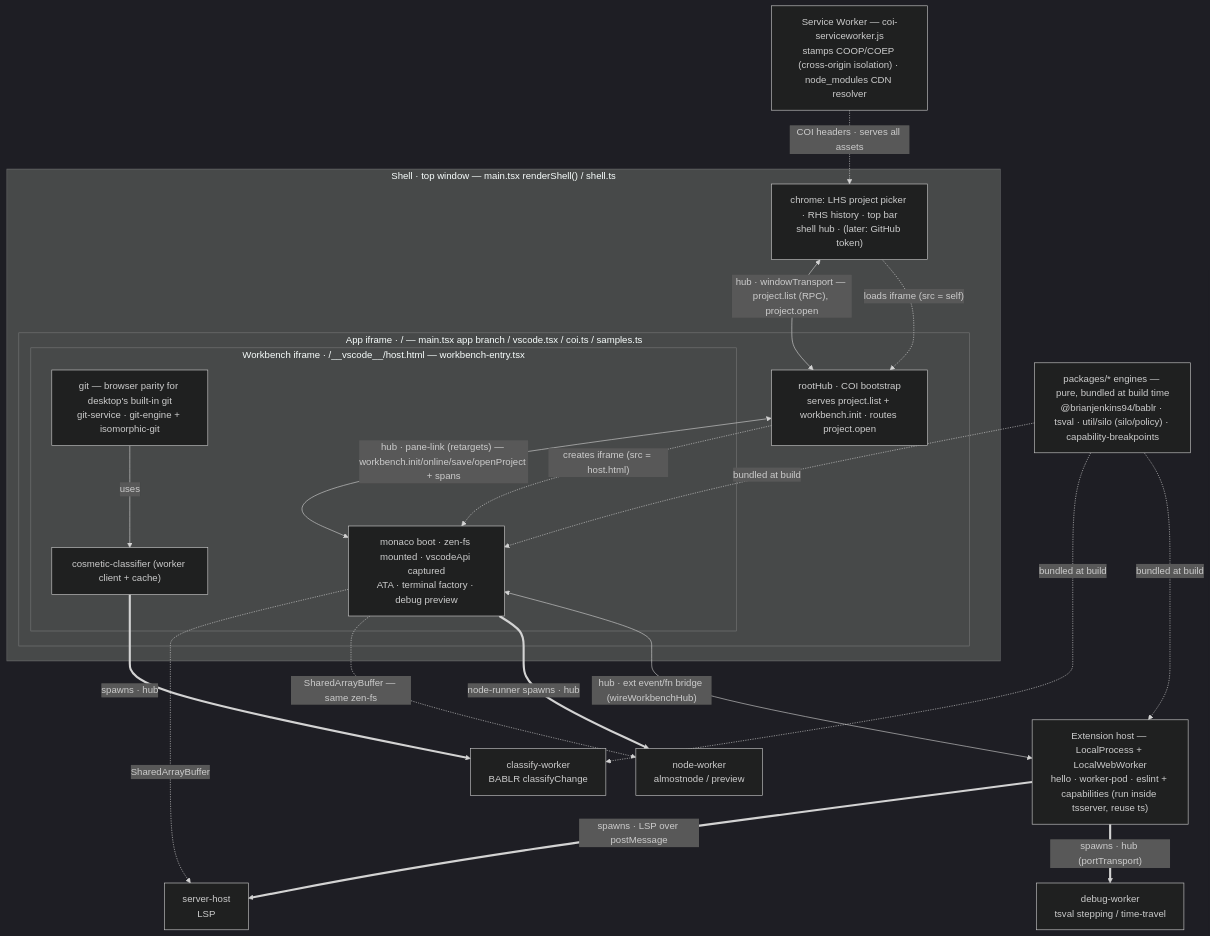
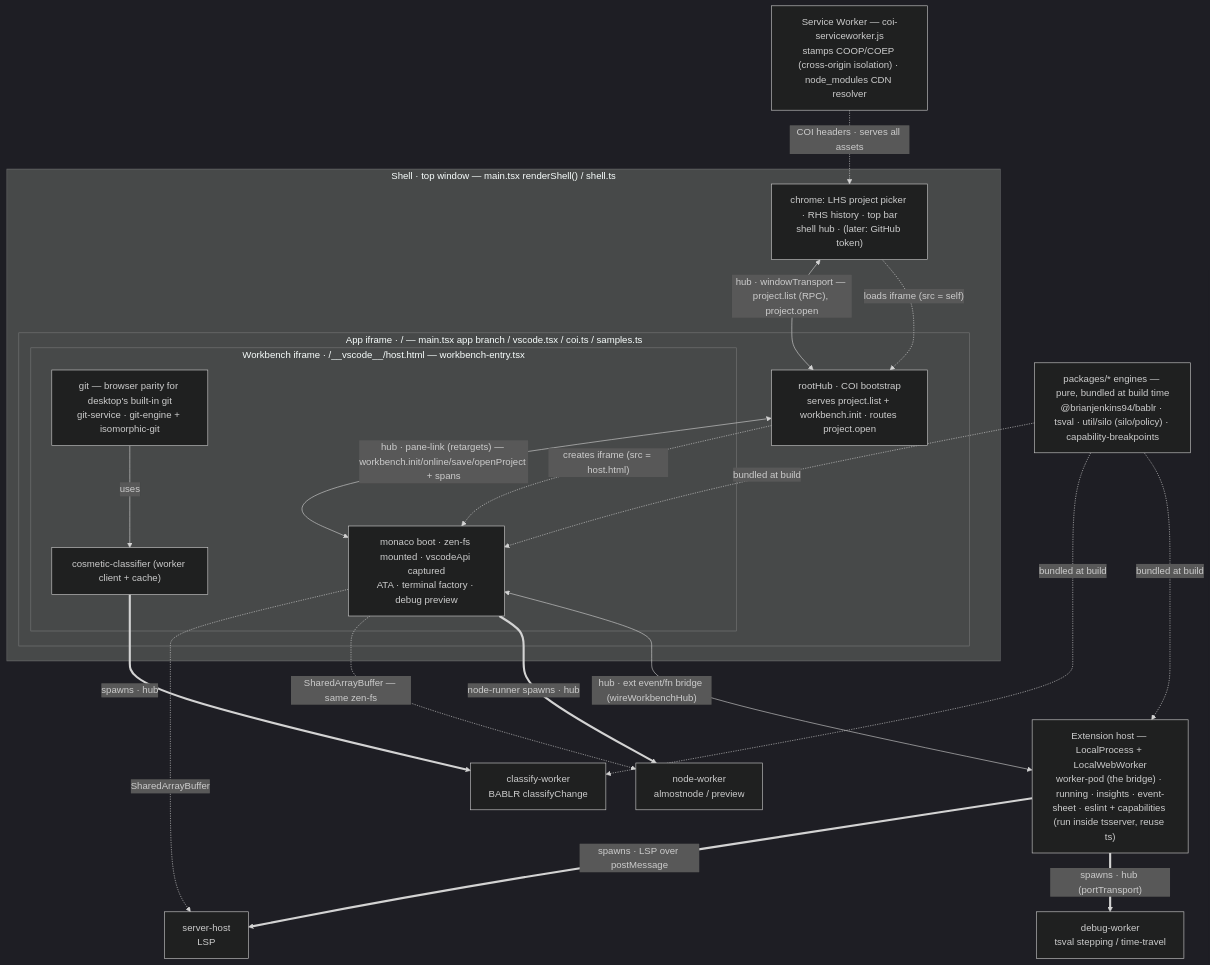
The first of 2 diagrams in packages/vscode/ARCHITECTURE.md (brianjenkins94/editor), drawn with Mermaid (dark theme) before and after one commit. The commit also changed other lines of this file and 6 other files, not shown here.

````diff
--- a/packages/vscode/ARCHITECTURE.md
+++ b/packages/vscode/ARCHITECTURE.md
@@ -172,46 +172,46 @@
 ```mermaid
 flowchart TB
   SW["Service Worker — coi-serviceworker.js<br/>stamps COOP/COEP (cross-origin isolation) · node_modules CDN resolver"]
 
   subgraph SHELL["Shell · top window — main.tsx renderShell() / shell.ts"]
     S["chrome: LHS project picker · RHS history · top bar<br/>shell hub · (later: GitHub token)"]
     subgraph APP["App iframe · / — main.tsx app branch / vscode.tsx / coi.ts / samples.ts"]
       A["rootHub · COI bootstrap<br/>serves project.list + workbench.init · routes project.open"]
       subgraph WB["Workbench iframe · /__vscode__/host.html — workbench-entry.tsx"]
         W["monaco boot · zen-fs mounted · vscodeApi captured<br/>ATA · terminal factory · debug preview"]
         GIT["git — browser parity for desktop's built-in git<br/>git-service · git-engine + isomorphic-git"]
         COS["cosmetic-classifier (worker client + cache)"]
       end
     end
   end
 
-  EXT["Extension host — LocalProcess + LocalWebWorker<br/>hello · worker-pod · eslint + capabilities (run inside tsserver, reuse ts)"]
+  EXT["Extension host — LocalProcess + LocalWebWorker<br/>worker-pod (the bridge) · running · insights · event-sheet · eslint + capabilities (run inside tsserver, reuse ts)"]
 
   NW["node-worker<br/>almostnode / preview"]
   DW["debug-worker<br/>tsval stepping / time-travel"]
   SH["server-host<br/>LSP"]
   CW["classify-worker<br/>BABLR classifyChange"]
 
   PKG["packages/* engines — pure, bundled at build time<br/>@brianjenkins94/bablr · tsval · util/silo (silo/policy) · capability-breakpoints"]
 
   S -.->|"loads iframe (src = self)"| A
   A -.->|"creates iframe (src = host.html)"| W
 
   S <-->|"hub · windowTransport — project.list (RPC), project.open"| A
   A <-->|"hub · pane-link (retargets) — workbench.init/online/save/openProject + spans"| W
   W <-->|"hub · ext event/fn bridge (wireWorkbenchHub)"| EXT
 
   W ==>|"node-runner spawns · hub"| NW
   EXT ==>|"spawns · hub (portTransport)"| DW
   EXT ==>|"spawns · LSP over postMessage"| SH
   COS ==>|"spawns · hub"| CW
   GIT -->|"uses"| COS
 
   W -.->|"SharedArrayBuffer — same zen-fs"| NW
   W -.->|"SharedArrayBuffer"| SH
 
   SW -.->|"COI headers · serves all assets"| S
   PKG -.->|"bundled at build"| W
   PKG -.->|"bundled at build"| EXT
   PKG -.->|"bundled at build"| CW
 ```
````
